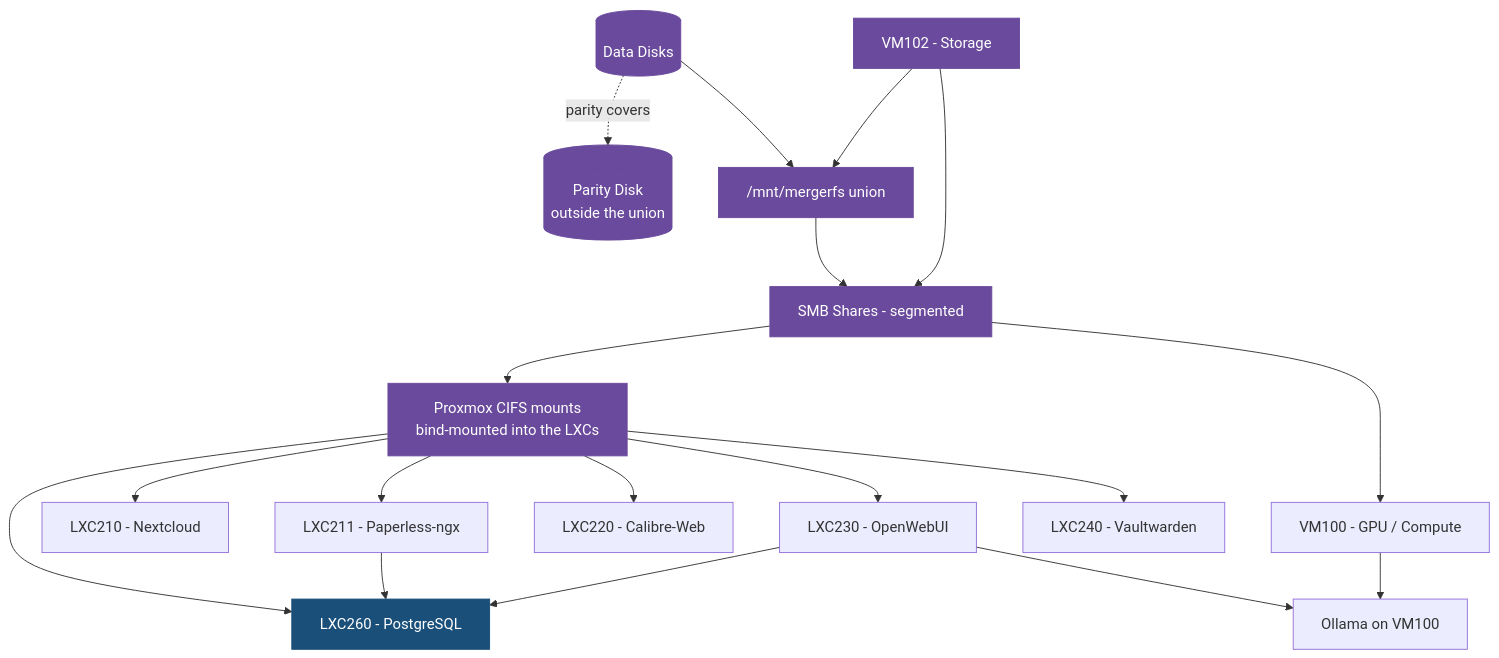
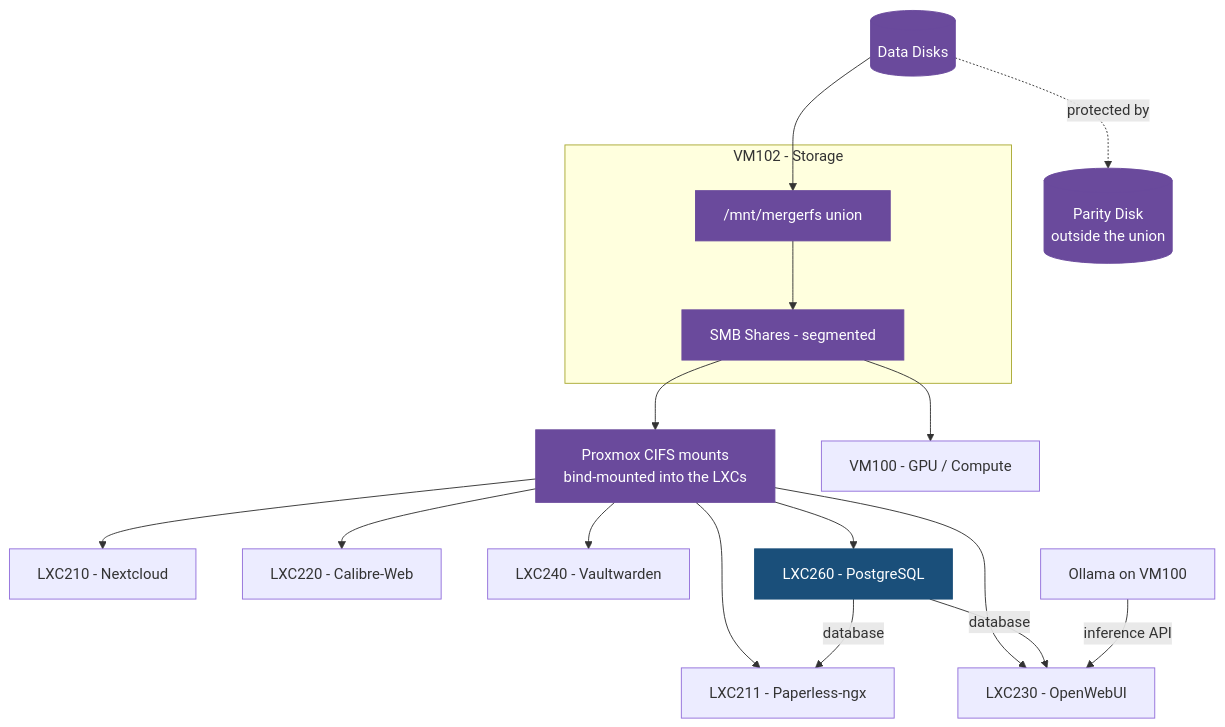
One commit to sohanreddyk/homelab-server-architecture changed the second of 3 diagrams in docs/architecture/diagram.md. Above: the diagram before and after it, drawn with Mermaid. The commit also changed other lines of this file and 2 other files, not shown here.

````diff
--- a/docs/architecture/diagram.md
+++ b/docs/architecture/diagram.md
@@ -82,36 +87,36 @@
 ```mermaid
 flowchart TB
 
   Disks[(Data Disks)]
   Parity[(Parity Disk<br/>outside the union)]
-  MergerFS["/mnt/mergerfs union"]
-  Samba[SMB Shares - segmented]
+
+  subgraph vm102[VM102 - Storage]
+    MergerFS["/mnt/mergerfs union"]
+    Samba[SMB Shares - segmented]
+  end
+
   HostCIFS[Proxmox CIFS mounts<br/>bind-mounted into the LXCs]
-  VM102[VM102 - Storage]
 
   Disks --> MergerFS
-  Disks -.parity covers.-> Parity
-  VM102 --> MergerFS
+  Disks -.protected by.-> Parity
   MergerFS --> Samba
-  VM102 --> Samba
 
   Samba --> VM100[VM100 - GPU / Compute]
   Samba --> HostCIFS
 
   HostCIFS --> LXC210[LXC210 - Nextcloud]
   HostCIFS --> LXC211[LXC211 - Paperless-ngx]
   HostCIFS --> LXC220[LXC220 - Calibre-Web]
   HostCIFS --> LXC230[LXC230 - OpenWebUI]
   HostCIFS --> LXC240[LXC240 - Vaultwarden]
   HostCIFS --> LXC260[LXC260 - PostgreSQL]
 
-  LXC211 --> LXC260
-  LXC230 --> LXC260
-  LXC230 --> Ollama[Ollama on VM100]
-  VM100 --> Ollama
+  LXC260 -->|database| LXC211
+  LXC260 -->|database| LXC230
+  Ollama[Ollama on VM100] -->|inference API| LXC230
 
   classDef storage fill:#6a4a9c,stroke:#6a4a9c,color:#ffffff
   classDef db fill:#1a4f7a,stroke:#1a4f7a,color:#ffffff
-  class Disks,Parity,MergerFS,Samba,HostCIFS,VM102 storage
+  class Disks,Parity,MergerFS,Samba,HostCIFS storage
   class LXC260 db
 ```
````
